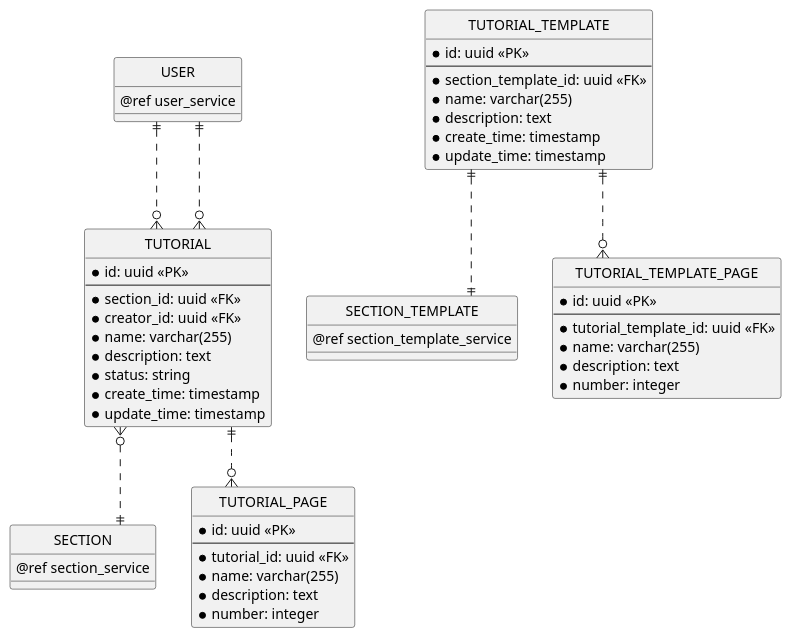
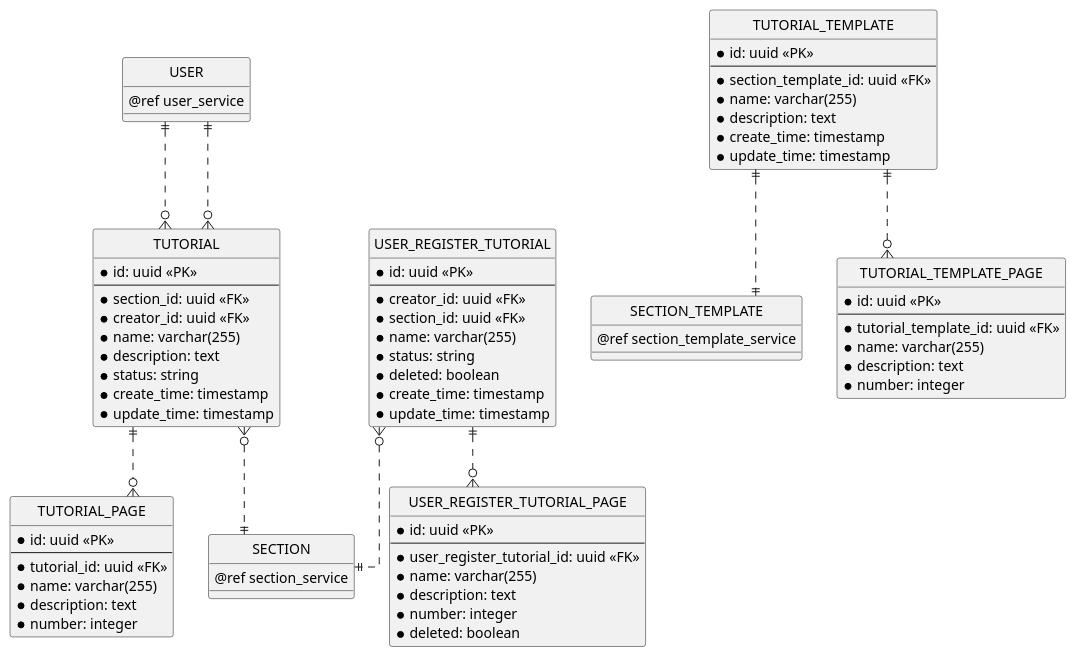
One commit to chungnguyenbkcse/ERD-USECASE-KIDSDRAWING changed the tenth of 12 diagrams in erd.md. Above: the diagram before and after it, drawn with PlantUML. The commit also changed other lines of this file, not shown here.

Commit message:
add user_register_tutorial, add field deleted

````diff
--- a/erd.md
+++ b/erd.md
@@ -580,6 +581,29 @@
     * status: string
     * create_time: timestamp
     * update_time: timestamp
+}
+
+entity "USER_REGISTER_TUTORIAL" as user_register_tutorial {
+    * id: uuid <<PK>>
+    --
+    * creator_id: uuid <<FK>>
+    * section_id: uuid <<FK>>
+    * name: varchar(255)
+    * status: string
+    * deleted: boolean
+    * create_time: timestamp
+    * update_time: timestamp
+}
+
+
+entity "USER_REGISTER_TUTORIAL_PAGE" as user_register_tutorial_page {
+    * id: uuid <<PK>>
+    --
+    * user_register_tutorial_id: uuid <<FK>>
+    * name: varchar(255)
+    * description: text
+    * number: integer
+    * deleted: boolean
 }
 
 entity "TUTORIAL_TEMPLATE" as tutorial_template {
@@ -619,5 +643,7 @@
 tutorial }o..|| section
 tutorial_template ||..|| section_template
 tutorial_template ||..o{ tutorial_template_page
+user_register_tutorial }o..|| section
+user_register_tutorial ||..o{ user_register_tutorial_page
 @enduml
 ```
````
